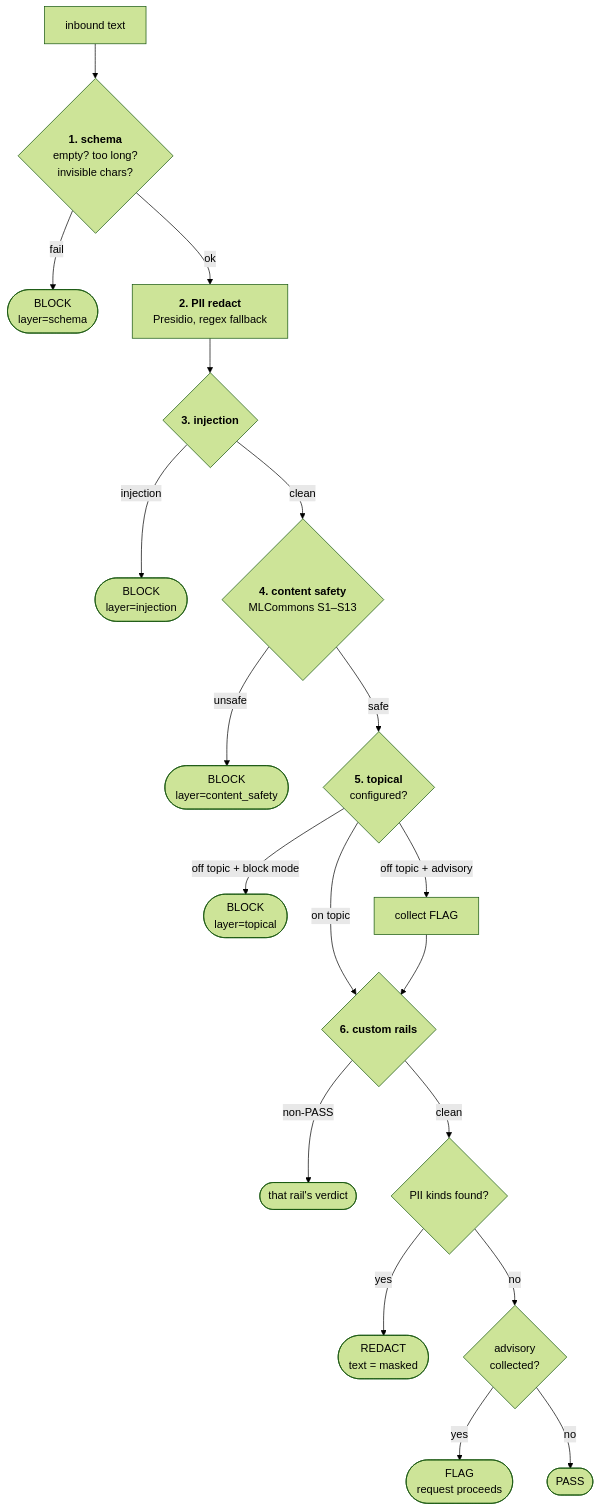
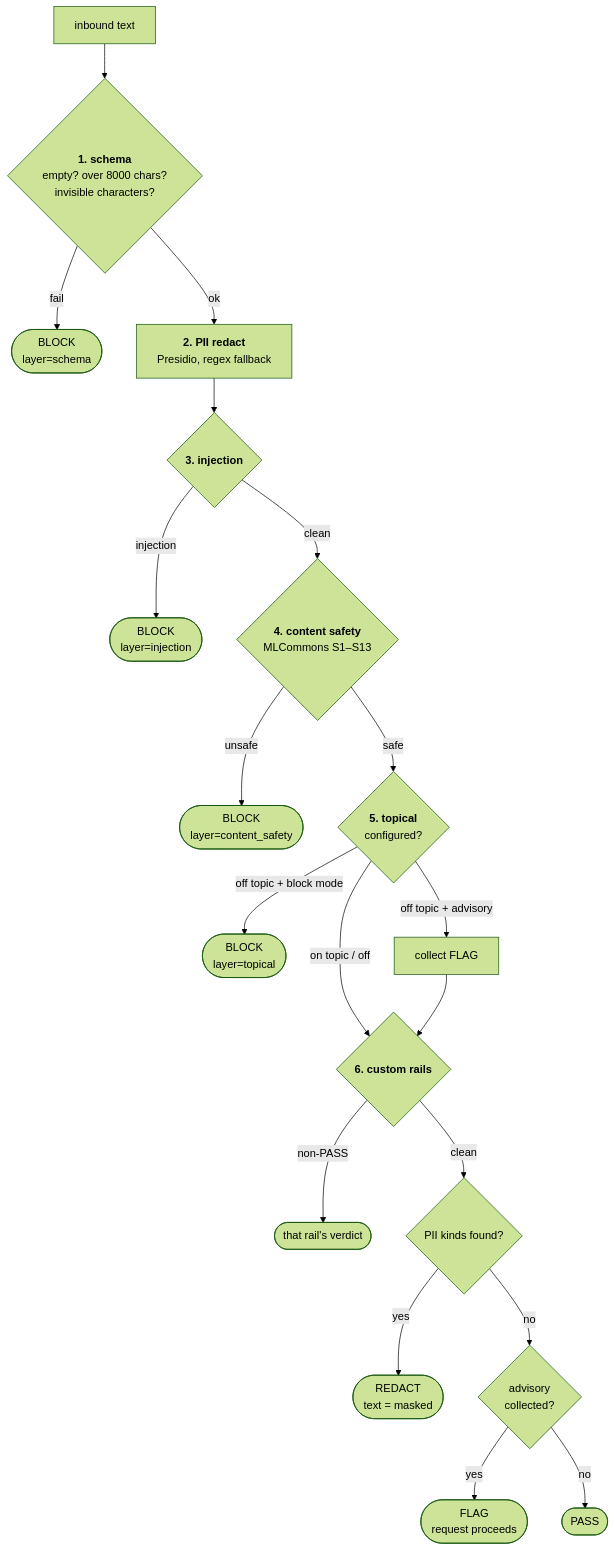
Before and after one commit to yrevash/aegis: the second of 5 diagrams in docs/teaching/guardrails/40-diagrams.md, drawn with Mermaid (forest theme). The commit also changed other lines of this file and 111 other files, not shown here.

````diff
--- a/docs/teaching/guardrails/40-diagrams.md
+++ b/docs/teaching/guardrails/40-diagrams.md
@@ -31,24 +41,24 @@
 ```mermaid
 flowchart TB
-    IN["inbound text"] --> SCH{"<b>1. schema</b><br/>empty? too long?<br/>invisible chars?"}
+    IN["inbound text"] --> SCH{"<b>1. schema</b><br/>empty? over 8000 chars?<br/>invisible characters?"}
     SCH -->|fail| B1([BLOCK<br/>layer=schema])
     SCH -->|ok| PII["<b>2. PII redact</b><br/>Presidio, regex fallback"]
 
     PII --> INJ{"<b>3. injection</b>"}
     INJ -->|injection| B2([BLOCK<br/>layer=injection])
     INJ -->|clean| CS{"<b>4. content safety</b><br/>MLCommons S1–S13"}
     CS -->|unsafe| B3([BLOCK<br/>layer=content_safety])
     CS -->|safe| TOP{"<b>5. topical</b><br/>configured?"}
 
     TOP -->|"off topic + block mode"| B4([BLOCK<br/>layer=topical])
     TOP -->|"off topic + advisory"| ADV["collect FLAG"]
-    TOP -->|on topic| CUS
+    TOP -->|"on topic / off"| CUS
     ADV --> CUS{"<b>6. custom rails</b>"}
 
     CUS -->|non-PASS| B5([that rail's verdict])
     CUS -->|clean| K{"PII kinds found?"}
     K -->|yes| R([REDACT<br/>text = masked])
     K -->|no| P{"advisory<br/>collected?"}
     P -->|yes| F([FLAG<br/>request proceeds])
     P -->|no| PASS([PASS])
 ```
````
